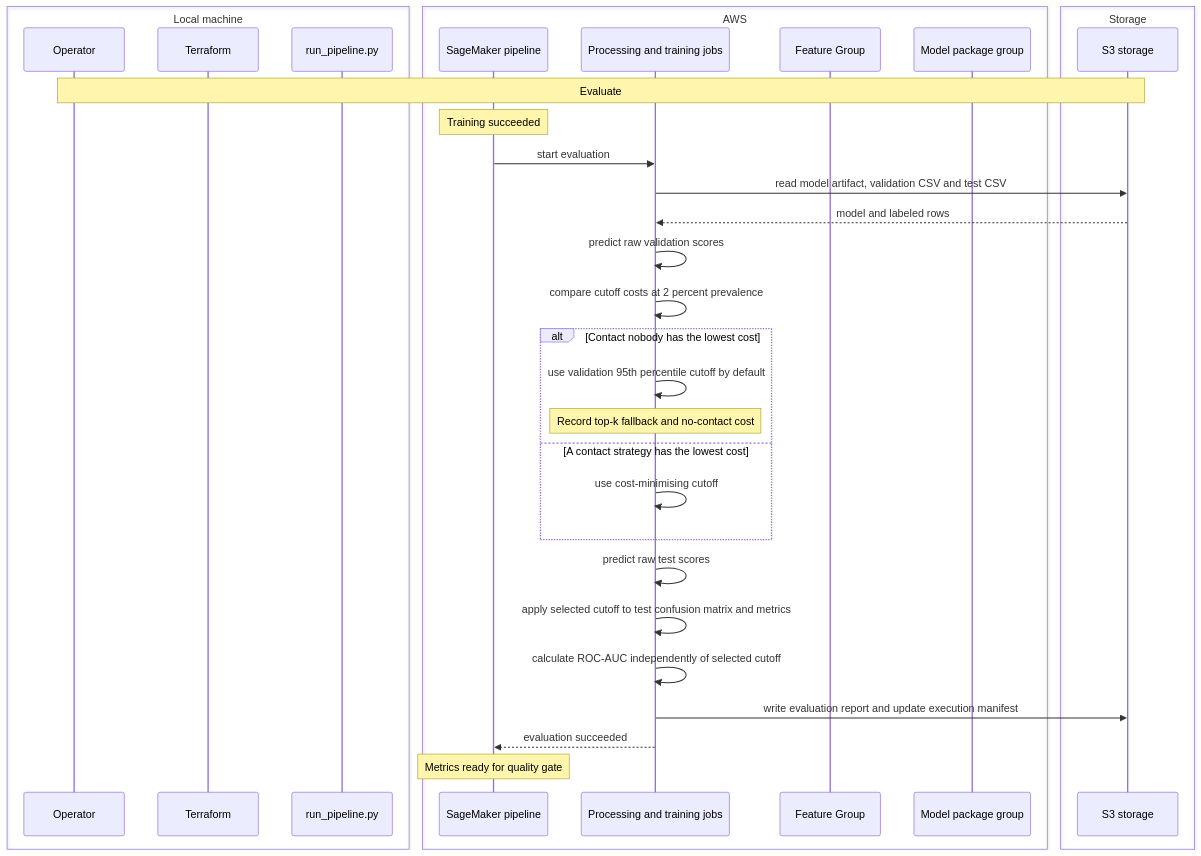
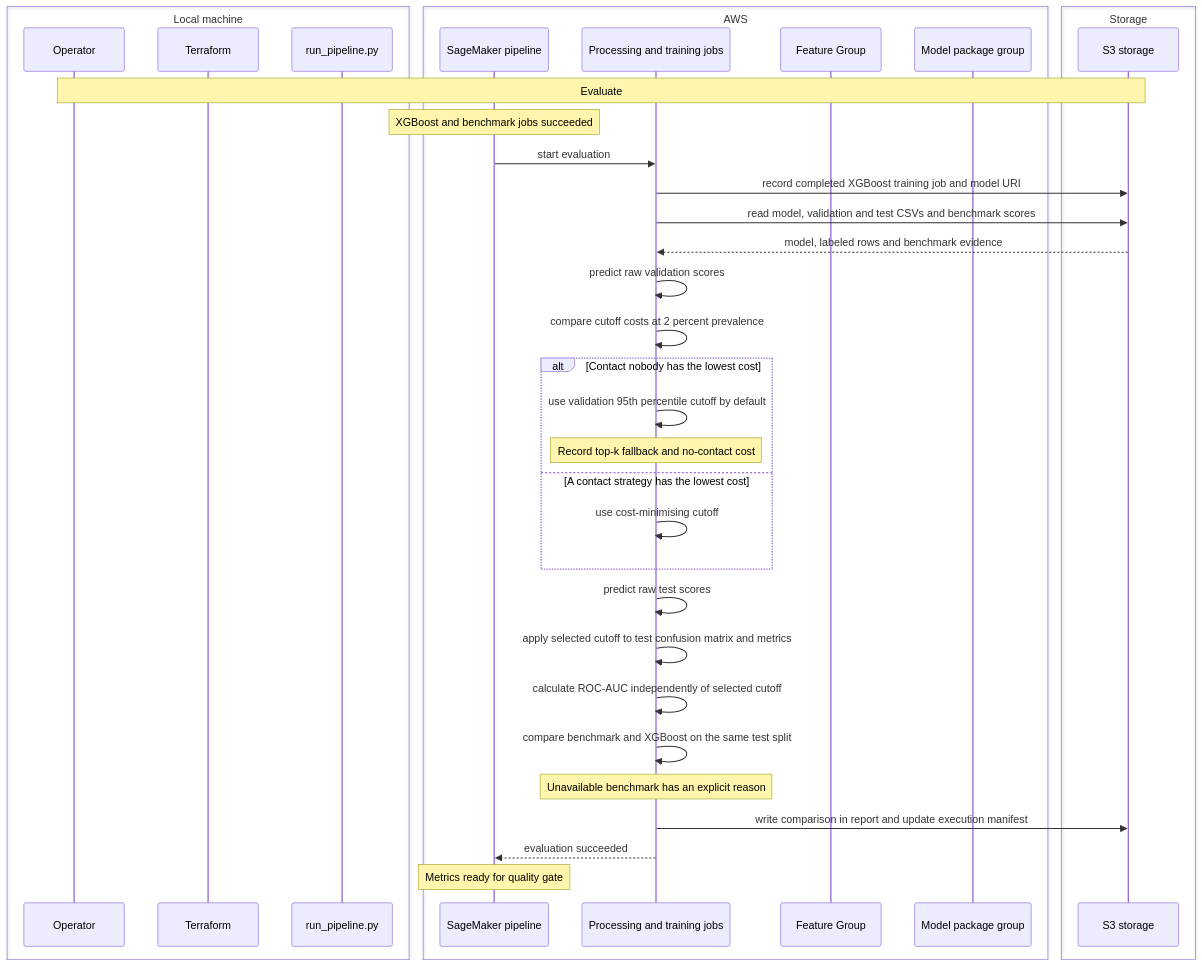
The diagram in Documentation/Pipeline/Children/Pipeline/Resources/SequenceDiagram_Action_5.md (MaximeBoulat/customer-churn-pipeline), drawn with Mermaid before and after one commit. The commit also changed 20 other files, not shown here.

````diff
--- a/Documentation/Pipeline/Children/Pipeline/Resources/SequenceDiagram_Action_5.md
+++ b/Documentation/Pipeline/Children/Pipeline/Resources/SequenceDiagram_Action_5.md
@@ -1,36 +1,39 @@
 ```mermaid
 sequenceDiagram
     box Local machine
         participant Operator
         participant Terraform
         participant Launcher as run_pipeline.py
     end
     box AWS
         participant Pipeline as SageMaker pipeline
         participant Jobs as Processing and training jobs
         participant Group as Feature Group
         participant Registry as Model package group
     end
     box Storage
         participant S3 as S3 storage
     end
     Note over Operator,S3: Evaluate
-    Note over Pipeline: Training succeeded
+    Note over Pipeline: XGBoost and benchmark jobs succeeded
     Pipeline->>Jobs: start evaluation
-    Jobs->>S3: read model artifact, validation CSV and test CSV
-    S3-->>Jobs: model and labeled rows
+    Jobs->>S3: record completed XGBoost training job and model URI
+    Jobs->>S3: read model, validation and test CSVs and benchmark scores
+    S3-->>Jobs: model, labeled rows and benchmark evidence
     Jobs->>Jobs: predict raw validation scores
     Jobs->>Jobs: compare cutoff costs at 2 percent prevalence
     alt Contact nobody has the lowest cost
         Jobs->>Jobs: use validation 95th percentile cutoff by default
         Note over Jobs: Record top-k fallback and no-contact cost
     else A contact strategy has the lowest cost
         Jobs->>Jobs: use cost-minimising cutoff
     end
     Jobs->>Jobs: predict raw test scores
     Jobs->>Jobs: apply selected cutoff to test confusion matrix and metrics
     Jobs->>Jobs: calculate ROC-AUC independently of selected cutoff
-    Jobs->>S3: write evaluation report and update execution manifest
+    Jobs->>Jobs: compare benchmark and XGBoost on the same test split
+    Note over Jobs: Unavailable benchmark has an explicit reason
+    Jobs->>S3: write comparison in report and update execution manifest
     Jobs-->>Pipeline: evaluation succeeded
     Note over Pipeline: Metrics ready for quality gate
 ```
````
